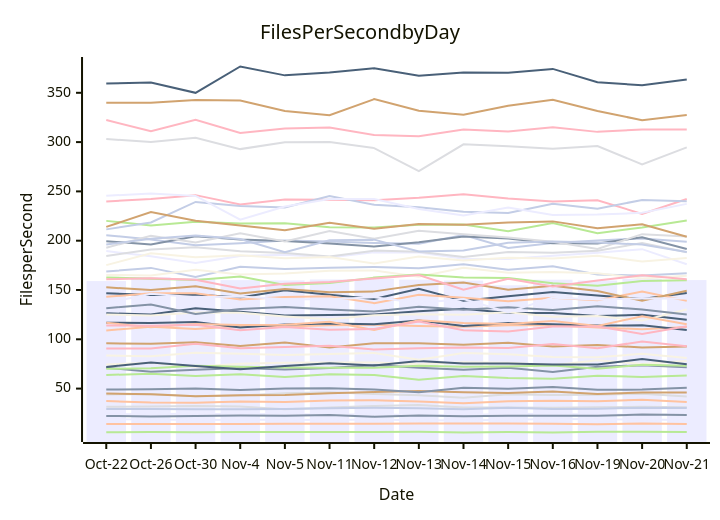
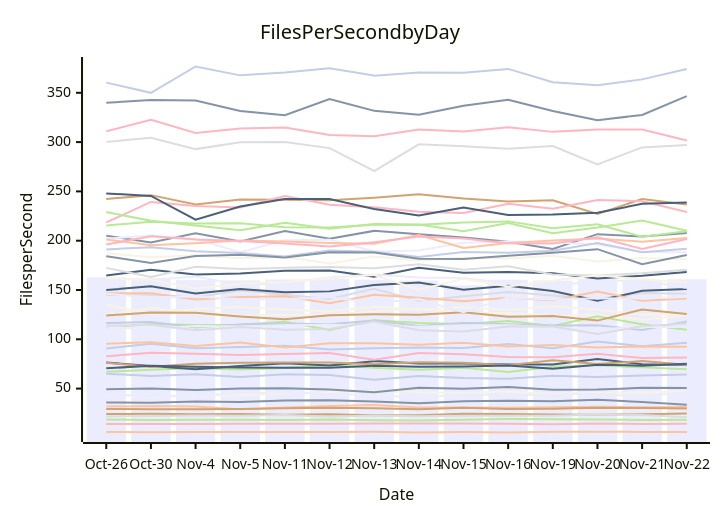
One commit to streetsidesoftware/cspell changed the diagram in perf-report.md. Above: the diagram before and after it, drawn with Mermaid. The commit also changed other lines of this file and 1 other file, not shown here.

````diff
--- a/perf-report.md
+++ b/perf-report.md
@@ -10,57 +10,57 @@
 ```mermaid
 xychart-beta
     title Files Per Second by Day
     y-axis Files per Second
-    x-axis Date [Oct-22, Oct-26, Oct-30, Nov-4, Nov-5, Nov-11, Nov-12, Nov-13, Nov-14, Nov-15, Nov-16, Nov-19, Nov-20, Nov-21]
-    bar [159.03, 162.88, 161.94, 160.02, 159.72, 160.65, 161.35, 160.47, 159.54, 154.79, 160.46, 159.61, 161.30, 160.06]
-    line [71.08, 67.00, 69.09, 70.86, 69.37, 70.88, 73.81, 71.09, 69.11, 71.10, 66.81, 72.11, 73.56, 71.52]
-    line [14.01, 14.02, 13.97, 14.18, 14.33, 14.26, 14.23, 14.49, 14.71, 14.55, 14.39, 13.95, 14.60, 14.17]
-    line [44.08, 44.42, 42.24, 42.88, 45.37, 46.20, 44.50, 43.23, 40.60, 44.15, 43.48, 43.70, 44.83, 41.94]
-    line [63.79, 65.07, 62.75, 64.51, 61.69, 64.67, 63.79, 59.02, 62.70, 60.80, 59.91, 63.00, 61.76, 63.34]
-    line [96.00, 95.45, 97.05, 93.17, 96.79, 91.80, 95.95, 95.87, 94.48, 96.44, 92.65, 94.10, 91.76, 92.63]
-    line [205.59, 201.31, 195.27, 197.35, 200.31, 199.19, 197.63, 196.85, 205.77, 192.52, 197.76, 200.10, 202.32, 198.81]
-    line [322.37, 310.93, 322.55, 309.17, 313.73, 314.69, 307.18, 306.00, 312.70, 310.78, 315.06, 310.37, 312.90, 312.74]
-    line [126.46, 125.04, 131.49, 128.05, 124.13, 124.73, 125.27, 128.39, 131.06, 126.59, 126.76, 123.53, 124.94, 119.79]
-    line [125.15, 124.19, 127.28, 126.86, 123.18, 120.25, 124.45, 125.35, 124.99, 127.41, 122.93, 123.56, 118.96, 130.24]
-    line [23.92, 24.17, 24.43, 23.95, 24.20, 23.49, 24.08, 23.00, 23.06, 24.50, 24.34, 23.62, 23.53, 24.02]
-    line [22.28, 21.78, 22.12, 22.59, 22.34, 23.16, 21.54, 22.68, 21.85, 22.43, 22.45, 22.56, 23.60, 23.23]
-    line [109.04, 112.63, 110.40, 113.53, 112.85, 114.15, 114.65, 113.36, 112.62, 114.36, 114.33, 111.99, 110.22, 112.37]
-    line [31.67, 31.78, 32.41, 31.83, 29.14, 30.76, 32.43, 33.35, 30.87, 30.71, 30.55, 30.97, 31.56, 31.09]
-    line [5.75, 6.03, 5.80, 6.05, 5.91, 5.92, 6.05, 6.23, 5.47, 5.95, 5.52, 6.13, 6.21, 6.06]
-    line [45.07, 44.31, 42.25, 43.22, 43.49, 45.34, 46.46, 47.61, 46.36, 45.42, 47.07, 44.45, 46.03, 45.93]
-    line [168.67, 172.42, 163.25, 173.61, 171.18, 172.63, 173.35, 172.14, 176.09, 170.54, 174.05, 165.70, 164.60, 166.98]
-    line [239.78, 242.41, 246.20, 236.64, 241.81, 241.59, 241.14, 243.55, 247.17, 242.91, 239.70, 241.02, 227.21, 242.23]
-    line [116.88, 116.53, 117.43, 111.89, 115.01, 116.13, 115.22, 119.08, 113.54, 116.51, 115.21, 113.92, 114.16, 109.46]
-    line [165.23, 164.80, 170.61, 165.61, 166.70, 169.45, 169.81, 163.46, 172.46, 167.41, 168.34, 167.09, 161.78, 164.45]
-    line [19.00, 18.63, 18.25, 18.44, 18.38, 18.23, 18.67, 17.83, 17.56, 18.43, 19.15, 18.91, 18.65, 18.27]
-    line [49.03, 49.37, 49.99, 48.68, 50.03, 50.42, 49.00, 46.22, 50.88, 49.95, 51.56, 48.83, 49.01, 50.78]
-    line [116.85, 112.16, 115.50, 114.45, 114.87, 117.85, 109.38, 119.29, 116.46, 115.59, 118.49, 113.54, 123.36, 115.17]
-    line [303.13, 300.22, 304.34, 292.89, 299.81, 300.08, 293.90, 270.62, 297.75, 295.78, 293.19, 296.08, 277.37, 294.62]
-    line [162.77, 161.40, 160.02, 163.60, 155.05, 157.20, 162.55, 165.62, 162.61, 162.23, 156.96, 154.28, 159.13, 159.89]
-    line [339.81, 339.82, 342.79, 342.26, 331.64, 327.21, 343.58, 331.81, 327.76, 336.79, 342.94, 331.62, 322.15, 327.54]
-    line [29.31, 29.41, 29.14, 29.07, 29.19, 29.96, 30.60, 29.98, 29.13, 30.65, 29.20, 29.66, 30.68, 30.21]
-    line [90.70, 90.60, 95.53, 91.04, 92.11, 93.46, 89.53, 90.84, 91.64, 91.15, 95.31, 91.02, 97.72, 93.01]
-    line [146.67, 144.85, 145.45, 142.42, 149.63, 145.08, 140.78, 151.35, 139.20, 143.75, 147.85, 144.42, 140.89, 146.99]
-    line [74.51, 76.18, 72.03, 75.21, 76.09, 76.34, 76.58, 74.79, 76.80, 76.30, 73.76, 78.85, 74.91, 77.93]
-    line [189.47, 184.23, 177.36, 184.49, 185.72, 182.94, 188.28, 187.98, 181.73, 181.49, 184.66, 187.81, 191.42, 176.14]
-    line [199.55, 196.07, 204.60, 201.12, 199.63, 197.18, 194.05, 198.31, 204.17, 202.23, 197.34, 197.09, 203.42, 191.56]
-    line [143.06, 146.69, 146.59, 140.40, 143.02, 143.74, 136.69, 145.20, 142.11, 138.52, 142.01, 139.48, 148.36, 139.11]
-    line [184.56, 191.17, 193.23, 189.38, 187.47, 183.93, 189.93, 188.83, 183.53, 188.50, 187.66, 189.71, 197.63, 188.37]
-    line [220.10, 215.49, 219.14, 217.54, 217.64, 213.57, 213.32, 216.11, 216.43, 209.55, 217.83, 207.54, 213.34, 220.45]
-    line [152.74, 149.93, 153.73, 146.39, 151.10, 147.79, 148.60, 155.08, 157.59, 150.36, 154.26, 148.98, 139.01, 149.20]
-    line [211.47, 218.53, 239.32, 235.17, 233.67, 245.24, 236.50, 233.98, 229.39, 228.12, 237.34, 232.45, 241.31, 240.00]
-    line [113.95, 113.80, 114.69, 109.15, 112.48, 109.72, 110.55, 118.02, 109.29, 108.02, 112.93, 112.97, 105.44, 113.26]
-    line [359.34, 360.33, 349.95, 376.67, 367.68, 370.64, 374.87, 367.41, 370.51, 370.21, 374.24, 360.74, 357.55, 363.60]
-    line [175.20, 187.18, 183.23, 185.22, 182.14, 183.42, 176.89, 184.07, 179.92, 182.71, 181.97, 184.63, 178.93, 182.57]
-    line [245.56, 247.95, 245.41, 221.31, 234.75, 242.27, 242.37, 232.19, 225.67, 233.72, 226.18, 226.48, 228.27, 237.35]
-    line [131.59, 135.21, 125.70, 130.73, 132.76, 130.23, 128.16, 133.01, 129.97, 132.49, 129.80, 133.61, 130.16, 125.21]
-    line [37.33, 35.82, 35.71, 36.86, 36.50, 38.05, 38.19, 36.99, 35.25, 37.09, 37.76, 37.04, 38.77, 36.43]
-    line [192.85, 204.98, 198.27, 207.58, 199.26, 209.84, 202.01, 209.99, 206.66, 203.31, 199.00, 191.59, 206.65, 204.27]
-    line [70.11, 70.57, 73.22, 72.23, 71.32, 71.25, 71.08, 73.06, 72.16, 72.33, 73.39, 70.13, 74.26, 73.25]
-    line [213.97, 229.01, 220.21, 215.36, 210.66, 218.14, 212.13, 216.95, 216.28, 218.40, 219.59, 212.75, 216.58, 203.96]
-    line [196.05, 201.96, 205.39, 201.71, 188.42, 200.46, 201.07, 189.10, 190.06, 197.82, 199.09, 198.24, 196.06, 188.63]
-    line [160.80, 161.82, 160.48, 151.46, 156.36, 158.02, 161.56, 165.28, 150.34, 161.29, 153.65, 159.58, 164.91, 160.94]
-    line [71.96, 76.44, 72.80, 69.62, 72.93, 75.62, 73.39, 77.86, 75.46, 75.53, 74.48, 74.42, 80.12, 74.68]
-    line [83.62, 82.78, 86.40, 85.26, 84.18, 85.13, 86.07, 79.22, 86.18, 84.80, 82.10, 81.80, 85.25, 80.99]
-    line [136.76, 146.14, 142.74, 143.48, 140.52, 140.72, 142.75, 136.72, 140.92, 127.38, 142.26, 140.32, 141.64, 141.43]
+    x-axis Date [Oct-26, Oct-30, Nov-4, Nov-5, Nov-11, Nov-12, Nov-13, Nov-14, Nov-15, Nov-16, Nov-19, Nov-20, Nov-21, Nov-22]
+    bar [162.88, 161.94, 160.02, 159.72, 160.65, 161.35, 160.47, 159.54, 154.79, 160.46, 159.61, 161.30, 160.06, 160.93]
+    line [35.82, 35.71, 36.86, 36.50, 38.05, 38.19, 36.99, 35.25, 37.09, 37.76, 37.04, 38.77, 36.43, 33.66]
+    line [6.03, 5.80, 6.05, 5.91, 5.92, 6.05, 6.23, 5.47, 5.95, 5.52, 6.13, 6.21, 6.06, 5.87]
+    line [144.85, 145.45, 142.42, 149.63, 145.08, 140.78, 151.35, 139.20, 143.75, 147.85, 144.42, 140.89, 146.99, 146.20]
+    line [18.63, 18.25, 18.44, 18.38, 18.23, 18.67, 17.83, 17.56, 18.43, 19.15, 18.91, 18.65, 18.27, 18.42]
+    line [24.17, 24.43, 23.95, 24.20, 23.49, 24.08, 23.00, 23.06, 24.50, 24.34, 23.62, 23.53, 24.02, 24.82]
+    line [90.60, 95.53, 91.04, 92.11, 93.46, 89.53, 90.84, 91.64, 91.15, 95.31, 91.02, 97.72, 93.01, 96.60]
+    line [14.02, 13.97, 14.18, 14.33, 14.26, 14.23, 14.49, 14.71, 14.55, 14.39, 13.95, 14.60, 14.17, 14.45]
+    line [164.80, 170.61, 165.61, 166.70, 169.45, 169.81, 163.46, 172.46, 167.41, 168.34, 167.09, 161.78, 164.45, 168.25]
+    line [44.31, 42.25, 43.22, 43.49, 45.34, 46.46, 47.61, 46.36, 45.42, 47.07, 44.45, 46.03, 45.93, 47.28]
+    line [44.42, 42.24, 42.88, 45.37, 46.20, 44.50, 43.23, 40.60, 44.15, 43.48, 43.70, 44.83, 41.94, 46.42]
+    line [204.98, 198.27, 207.58, 199.26, 209.84, 202.01, 209.99, 206.66, 203.31, 199.00, 191.59, 206.65, 204.27, 207.89]
+    line [95.45, 97.05, 93.17, 96.79, 91.80, 95.95, 95.87, 94.48, 96.44, 92.65, 94.10, 91.76, 92.63, 92.33]
+    line [21.78, 22.12, 22.59, 22.34, 23.16, 21.54, 22.68, 21.85, 22.43, 22.45, 22.56, 23.60, 23.23, 20.89]
+    line [67.00, 69.09, 70.86, 69.37, 70.88, 73.81, 71.09, 69.11, 71.10, 66.81, 72.11, 73.56, 71.52, 69.59]
+    line [242.41, 246.20, 236.64, 241.81, 241.59, 241.14, 243.55, 247.17, 242.91, 239.70, 241.02, 227.21, 242.23, 236.63]
+    line [65.07, 62.75, 64.51, 61.69, 64.67, 63.79, 59.02, 62.70, 60.80, 59.91, 63.00, 61.76, 63.34, 64.41]
+    line [310.93, 322.55, 309.17, 313.73, 314.69, 307.18, 306.00, 312.70, 310.78, 315.06, 310.37, 312.90, 312.74, 301.64]
+    line [76.44, 72.80, 69.62, 72.93, 75.62, 73.39, 77.86, 75.46, 75.53, 74.48, 74.42, 80.12, 74.68, 74.23]
+    line [125.04, 131.49, 128.05, 124.13, 124.73, 125.27, 128.39, 131.06, 126.59, 126.76, 123.53, 124.94, 119.79, 124.69]
+    line [201.96, 205.39, 201.71, 188.42, 200.46, 201.07, 189.10, 190.06, 197.82, 199.09, 198.24, 196.06, 188.63, 188.29]
+    line [49.37, 49.99, 48.68, 50.03, 50.42, 49.00, 46.22, 50.88, 49.95, 51.56, 48.83, 49.01, 50.78, 50.68]
+    line [201.31, 195.27, 197.35, 200.31, 199.19, 197.63, 196.85, 205.77, 192.52, 197.76, 200.10, 202.32, 198.81, 202.70]
+    line [172.42, 163.25, 173.61, 171.18, 172.63, 173.35, 172.14, 176.09, 170.54, 174.05, 165.70, 164.60, 166.98, 170.48]
+    line [112.16, 115.50, 114.45, 114.87, 117.85, 109.38, 119.29, 116.46, 115.59, 118.49, 113.54, 123.36, 115.17, 109.65]
+    line [76.18, 72.03, 75.21, 76.09, 76.34, 76.58, 74.79, 76.80, 76.30, 73.76, 78.85, 74.91, 77.93, 74.20]
+    line [116.53, 117.43, 111.89, 115.01, 116.13, 115.22, 119.08, 113.54, 116.51, 115.21, 113.92, 114.16, 109.46, 117.94]
+    line [196.07, 204.60, 201.12, 199.63, 197.18, 194.05, 198.31, 204.17, 202.23, 197.34, 197.09, 203.42, 191.56, 201.76]
+    line [70.57, 73.22, 72.23, 71.32, 71.25, 71.08, 73.06, 72.16, 72.33, 73.39, 70.13, 74.26, 73.25, 75.08]
+    line [135.21, 125.70, 130.73, 132.76, 130.23, 128.16, 133.01, 129.97, 132.49, 129.80, 133.61, 130.16, 125.21, 126.17]
+    line [112.63, 110.40, 113.53, 112.85, 114.15, 114.65, 113.36, 112.62, 114.36, 114.33, 111.99, 110.22, 112.37, 112.52]
+    line [339.82, 342.79, 342.26, 331.64, 327.21, 343.58, 331.81, 327.76, 336.79, 342.94, 331.62, 322.15, 327.54, 346.68]
+    line [31.78, 32.41, 31.83, 29.14, 30.76, 32.43, 33.35, 30.87, 30.71, 30.55, 30.97, 31.56, 31.09, 31.36]
+    line [300.22, 304.34, 292.89, 299.81, 300.08, 293.90, 270.62, 297.75, 295.78, 293.19, 296.08, 277.37, 294.62, 297.12]
+    line [215.49, 219.14, 217.54, 217.64, 213.57, 213.32, 216.11, 216.43, 209.55, 217.83, 207.54, 213.34, 220.45, 210.10]
+    line [29.41, 29.14, 29.07, 29.19, 29.96, 30.60, 29.98, 29.13, 30.65, 29.20, 29.66, 30.68, 30.21, 29.87]
+    line [191.17, 193.23, 189.38, 187.47, 183.93, 189.93, 188.83, 183.53, 188.50, 187.66, 189.71, 197.63, 188.37, 191.76]
+    line [218.53, 239.32, 235.17, 233.67, 245.24, 236.50, 233.98, 229.39, 228.12, 237.34, 232.45, 241.31, 240.00, 229.09]
+    line [149.93, 153.73, 146.39, 151.10, 147.79, 148.60, 155.08, 157.59, 150.36, 154.26, 148.98, 139.01, 149.20, 150.99]
+    line [187.18, 183.23, 185.22, 182.14, 183.42, 176.89, 184.07, 179.92, 182.71, 181.97, 184.63, 178.93, 182.57, 181.24]
+    line [161.40, 160.02, 163.60, 155.05, 157.20, 162.55, 165.62, 162.61, 162.23, 156.96, 154.28, 159.13, 159.89, 152.13]
+    line [184.23, 177.36, 184.49, 185.72, 182.94, 188.28, 187.98, 181.73, 181.49, 184.66, 187.81, 191.42, 176.14, 185.59]
+    line [146.69, 146.59, 140.40, 143.02, 143.74, 136.69, 145.20, 142.11, 138.52, 142.01, 139.48, 148.36, 139.11, 141.46]
+    line [113.80, 114.69, 109.15, 112.48, 109.72, 110.55, 118.02, 109.29, 108.02, 112.93, 112.97, 105.44, 113.26, 116.00]
+    line [229.01, 220.21, 215.36, 210.66, 218.14, 212.13, 216.95, 216.28, 218.40, 219.59, 212.75, 216.58, 203.96, 209.49]
+    line [124.19, 127.28, 126.86, 123.18, 120.25, 124.45, 125.35, 124.99, 127.41, 122.93, 123.56, 118.96, 130.24, 125.59]
+    line [360.33, 349.95, 376.67, 367.68, 370.64, 374.87, 367.41, 370.51, 370.21, 374.24, 360.74, 357.55, 363.60, 374.17]
+    line [82.78, 86.40, 85.26, 84.18, 85.13, 86.07, 79.22, 86.18, 84.80, 82.10, 81.80, 85.25, 80.99, 81.65]
+    line [247.95, 245.41, 221.31, 234.75, 242.27, 242.37, 232.19, 225.67, 233.72, 226.18, 226.48, 228.27, 237.35, 238.69]
+    line [161.82, 160.48, 151.46, 156.36, 158.02, 161.56, 165.28, 150.34, 161.29, 153.65, 159.58, 164.91, 160.94, 157.84]
+    line [146.14, 142.74, 143.48, 140.52, 140.72, 142.75, 136.72, 140.92, 127.38, 142.26, 140.32, 141.64, 141.43, 143.01]
 ```
````
